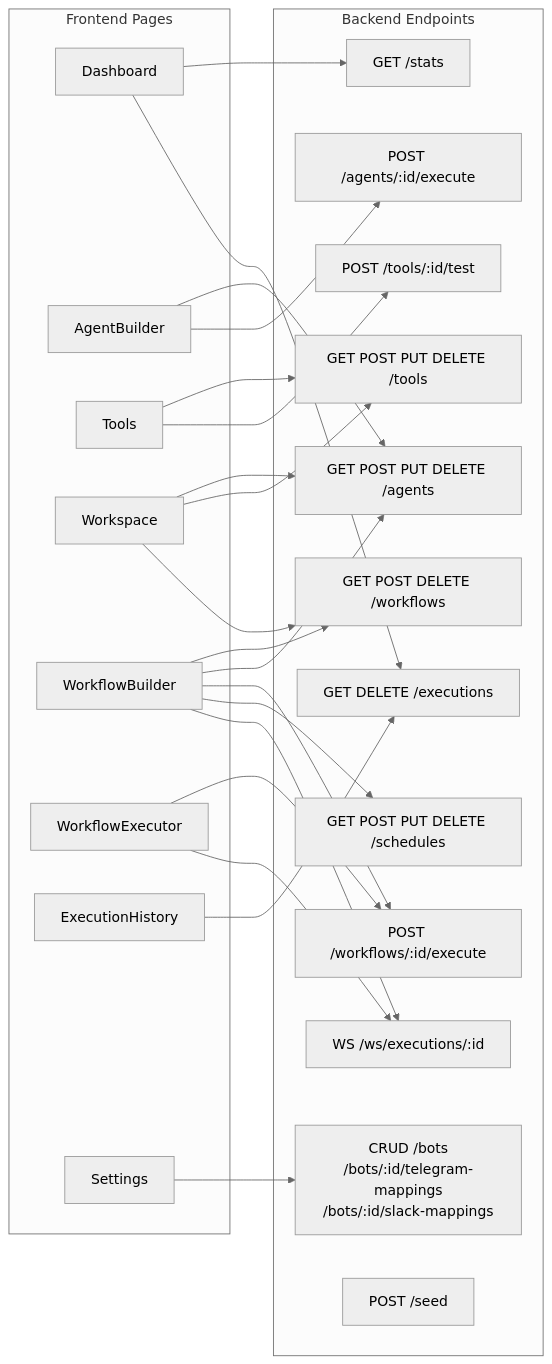
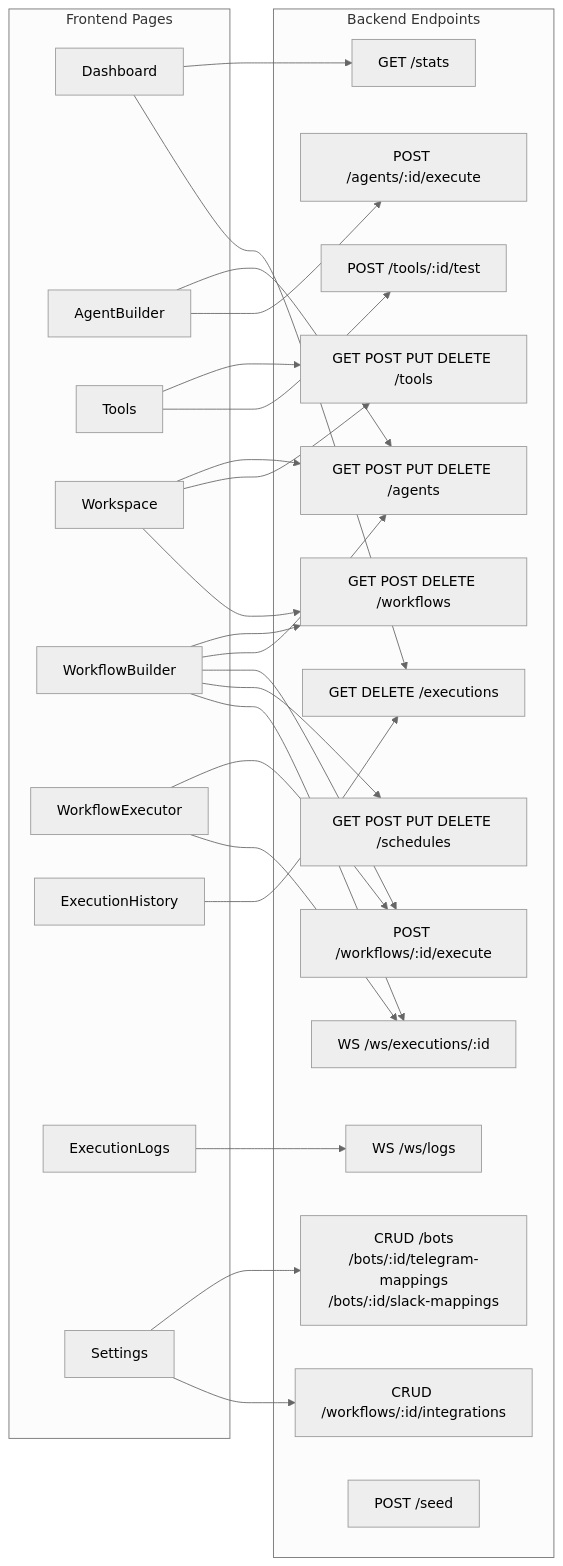
One commit to namratesh/AI-Agent-Orchestration-Platform changed the seventh of 10 diagrams in documents/architecture.md. Above: the diagram before and after it, drawn with Mermaid (neutral theme). The commit also changed other lines of this file and 9 other files, not shown here.

````diff
--- a/documents/architecture.md
+++ b/documents/architecture.md
@@ -241,47 +241,52 @@
 ```mermaid
 graph LR
     subgraph PAGES["Frontend Pages"]
         DASH["Dashboard"]
         AGENTS_P["AgentBuilder"]
         TOOLS_P["Tools"]
         WORK_P["Workspace"]
         WFB_P["WorkflowBuilder"]
         EXEC_P["WorkflowExecutor"]
         HIST_P["ExecutionHistory"]
+        LOGS_P["ExecutionLogs"]
         SET_P["Settings"]
     end
 
     subgraph ENDPOINTS["Backend Endpoints"]
         STATS_EP["GET /stats"]
         AG_EP["GET POST PUT DELETE /agents"]
         AG_RUN["POST /agents/:id/execute"]
         TL_EP["GET POST PUT DELETE /tools"]
         TL_TEST["POST /tools/:id/test"]
         WF_EP["GET POST DELETE /workflows"]
         WF_RUN["POST /workflows/:id/execute"]
         EX_EP["GET DELETE /executions"]
         SCHED_EP["GET POST PUT DELETE /schedules"]
         WS_EP2["WS /ws/executions/:id"]
+        WS_LOGS["WS /ws/logs"]
         BOT_EP["CRUD /bots\n/bots/:id/telegram-mappings\n/bots/:id/slack-mappings"]
+        INT_EP["CRUD /workflows/:id/integrations"]
         SEED_EP["POST /seed"]
     end
 
     DASH    --> STATS_EP
     DASH    --> EX_EP
     AGENTS_P --> AG_EP
     AGENTS_P --> AG_RUN
     TOOLS_P --> TL_EP
     TOOLS_P --> TL_TEST
     WORK_P  --> AG_EP
     WORK_P  --> TL_EP
     WORK_P  --> WF_EP
     WFB_P   --> WF_EP
     WFB_P   --> AG_EP
     WFB_P   --> WF_RUN
     WFB_P   --> SCHED_EP
     WFB_P   --> WS_EP2
     EXEC_P  --> WF_RUN
     EXEC_P  --> WS_EP2
     HIST_P  --> EX_EP
+    LOGS_P  --> WS_LOGS
     SET_P   --> BOT_EP
+    SET_P   --> INT_EP
 ```
````
